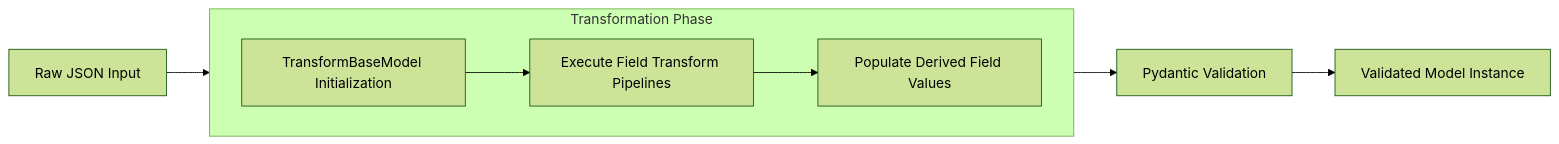
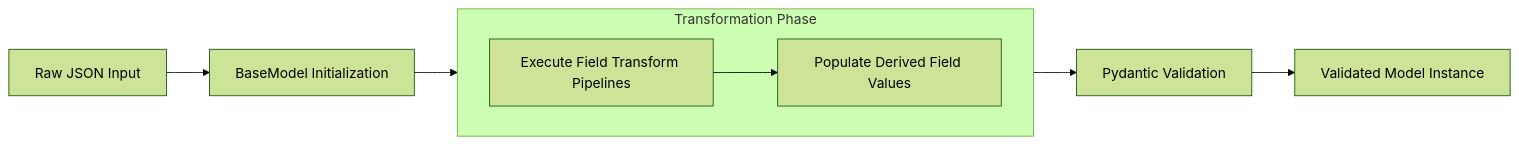
Before and after one commit to Abhinav-Varma/validator_blackbox: the diagram in README.md, drawn with Mermaid (forest theme). The commit also changed other lines of this file, not shown here.

````diff
--- a/README.md
+++ b/README.md
@@ -63,15 +63,14 @@
 ```mermaid
 flowchart LR
-    raw["Raw JSON Input"] --> transform_init["TransformBaseModel Initialization"]
+    raw["Raw JSON Input"] --> transform_init["BaseModel Initialization"]
+    transform_init --> steps
 
     subgraph "Transformation Phase"
         direction LR
-        transform_init --> steps["Execute Field Transform Pipelines"]
-        steps --> merge["Populate Derived Field Values"]
+        steps["Execute Field Transform Pipelines"] --> merge["Populate Derived Field Values"]
     end
 
     merge --> validation["Pydantic Validation"]
     validation --> output["Validated Model Instance"]
 
-
 ```
````
